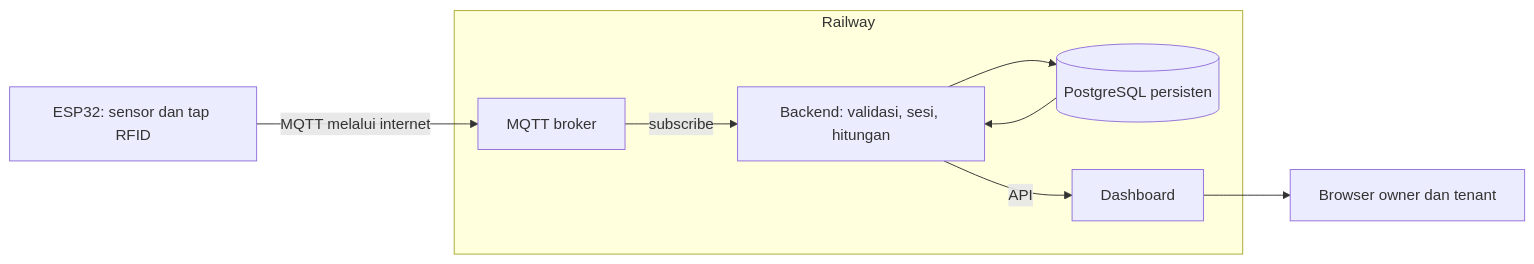
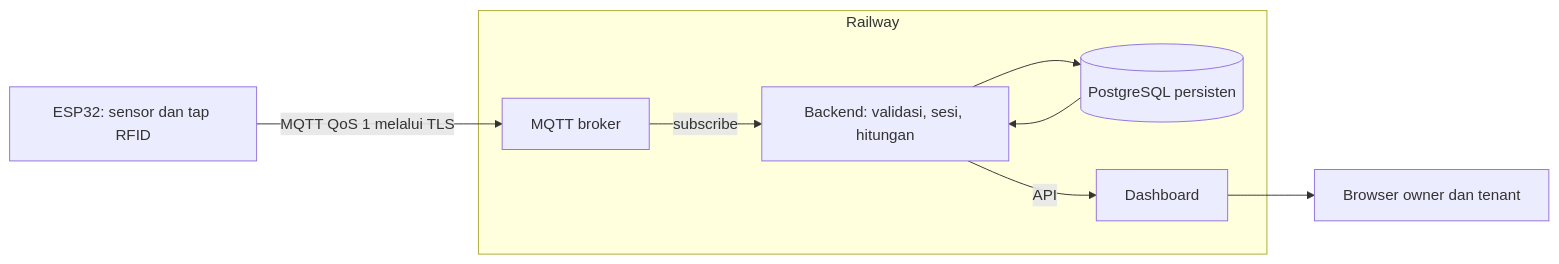
The diagram in docs/ARCHITECTURE.md (hammampriyandono/SmartBilling), drawn with Mermaid before and after one commit. The commit also changed 6 other files, not shown here.

Commit message:
docs: update setup architecture and feature documentation

````diff
--- a/docs/ARCHITECTURE.md
+++ b/docs/ARCHITECTURE.md
@@ -7,11 +7,11 @@
 ```mermaid
 flowchart LR
-    ESP[ESP32: sensor dan tap RFID] -->|MQTT melalui internet| BROKER
+    ESP[ESP32: sensor dan tap RFID] -->|MQTT QoS 1 melalui TLS| BROKER
     subgraph Railway
       BROKER[MQTT broker] -->|subscribe| BACKEND[Backend: validasi, sesi, hitungan]
       BACKEND --> DB[(PostgreSQL persisten)]
       DB --> BACKEND
       BACKEND -->|API| WEB[Dashboard]
     end
     WEB --> USER[Browser owner dan tenant]
 ```
````
